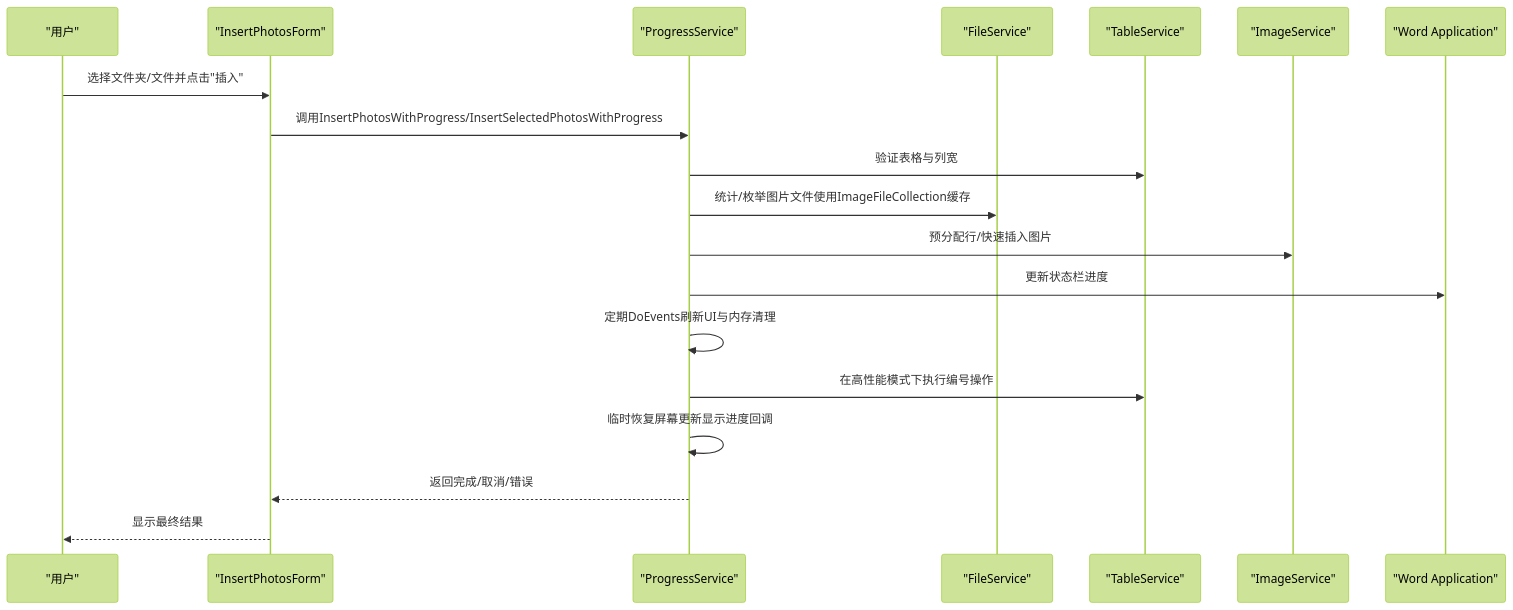
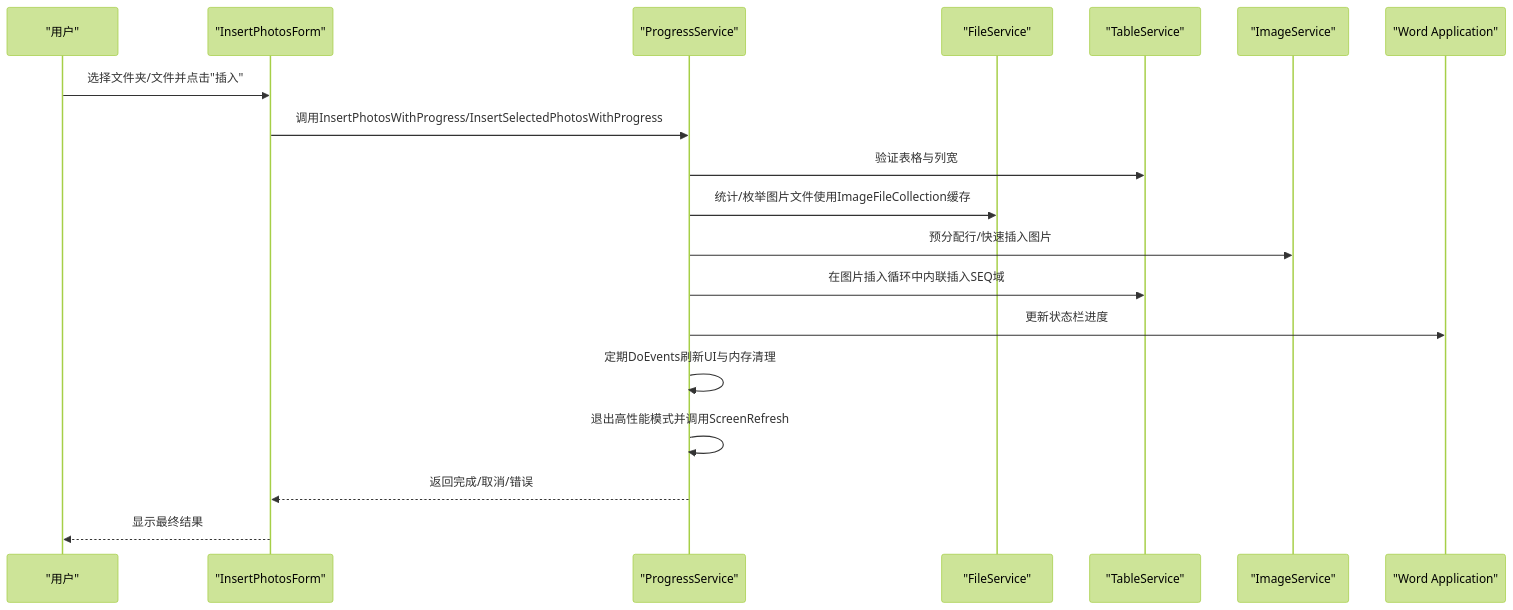
One commit to rainiva/WordTools changed the second of 7 diagrams in .qoder/repowiki/zh/content/服务层/进度服务.md. Above: the diagram before and after it, drawn with Mermaid (forest theme). The commit also changed other lines of this file and 6 other files, not shown here.

````diff
--- a/.qoder/repowiki/zh/content/服务层/进度服务.md
+++ b/.qoder/repowiki/zh/content/服务层/进度服务.md
@@ -97,21 +97,21 @@
 ```mermaid
 sequenceDiagram
 participant U as "用户"
 participant F as "InsertPhotosForm"
 participant PS as "ProgressService"
 participant FS as "FileService"
 participant TS as "TableService"
 participant IS as "ImageService"
 participant APP as "Word Application"
 U->>F : 选择文件夹/文件并点击"插入"
 F->>PS : 调用InsertPhotosWithProgress/InsertSelectedPhotosWithProgress
 PS->>TS : 验证表格与列宽
 PS->>FS : 统计/枚举图片文件使用ImageFileCollection缓存
 PS->>IS : 预分配行/快速插入图片
+PS->>TS : 在图片插入循环中内联插入SEQ域
 PS->>APP : 更新状态栏进度
 PS->>PS : 定期DoEvents刷新UI与内存清理
-PS->>TS : 在高性能模式下执行编号操作
-PS->>PS : 临时恢复屏幕更新显示进度回调
+PS->>PS : 退出高性能模式并调用ScreenRefresh
 PS-->>F : 返回完成/取消/错误
 F-->>U : 显示最终结果
 ```
````
